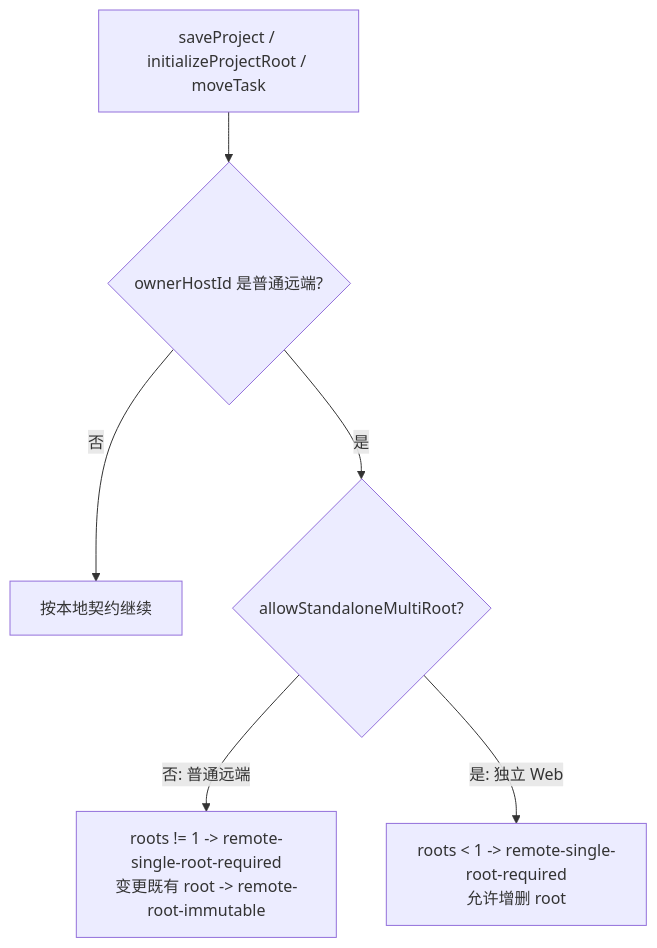
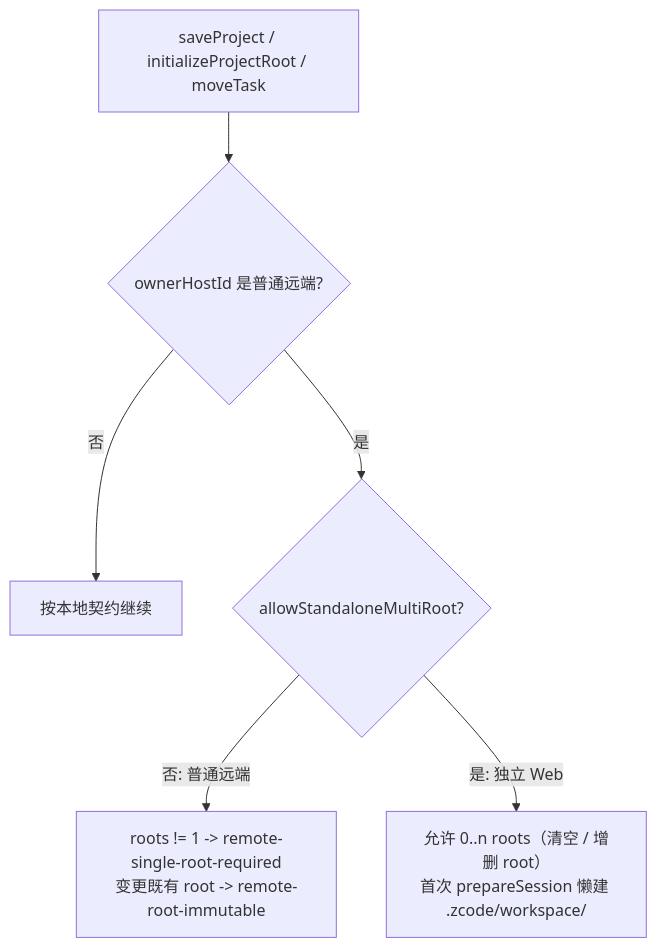
The first of 2 diagrams in docs/standalone-web-multi-root-projects.md (uselessbug/ZCode), drawn with Mermaid before and after one commit. The commit also changed other lines of this file and 58 other files, not shown here.

````diff
--- a/docs/standalone-web-multi-root-projects.md
+++ b/docs/standalone-web-multi-root-projects.md
@@ -44,8 +44,8 @@
 ```mermaid
 flowchart TD
   A["saveProject / initializeProjectRoot / moveTask"] --> B{"ownerHostId 是普通远端?"}
   B -->|否| Z["按本地契约继续"]
   B -->|是| C{"allowStandaloneMultiRoot?"}
   C -->|"否: 普通远端"| D["roots != 1 -> remote-single-root-required<br/>变更既有 root -> remote-root-immutable"]
-  C -->|"是: 独立 Web"| E["roots < 1 -> remote-single-root-required<br/>允许增删 root"]
+  C -->|"是: 独立 Web"| E["允许 0..n roots（清空 / 增删 root）<br/>首次 prepareSession 懒建 .zcode/workspace/<id>"]
 ```
````
